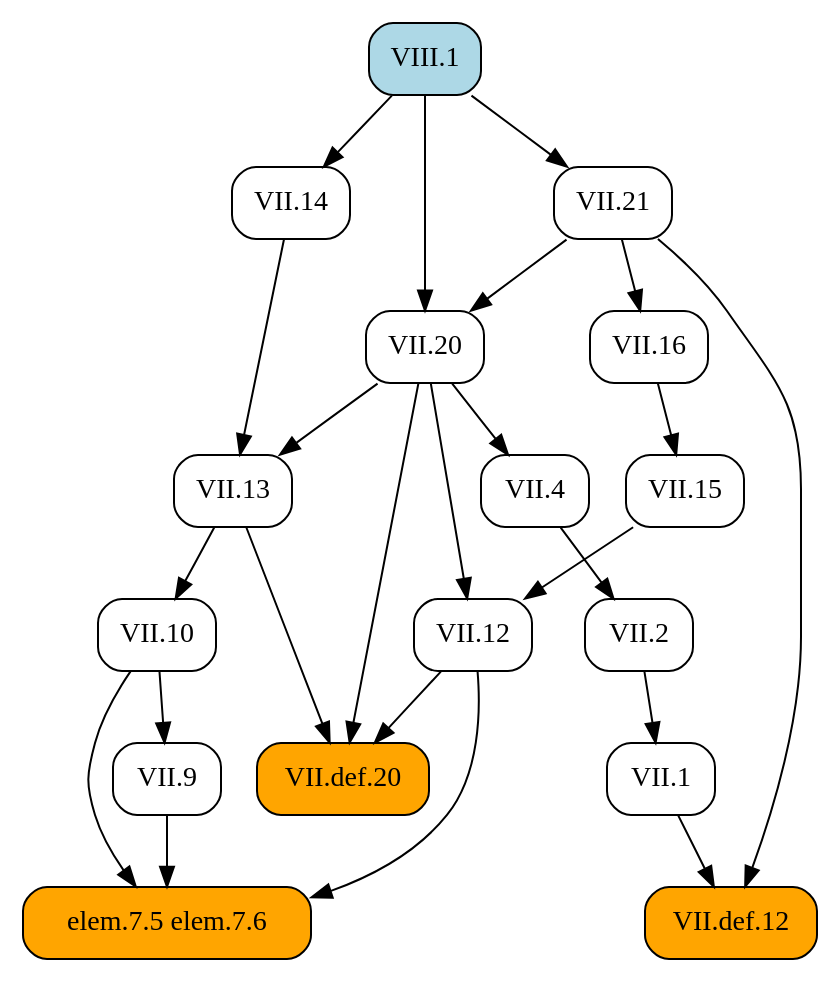
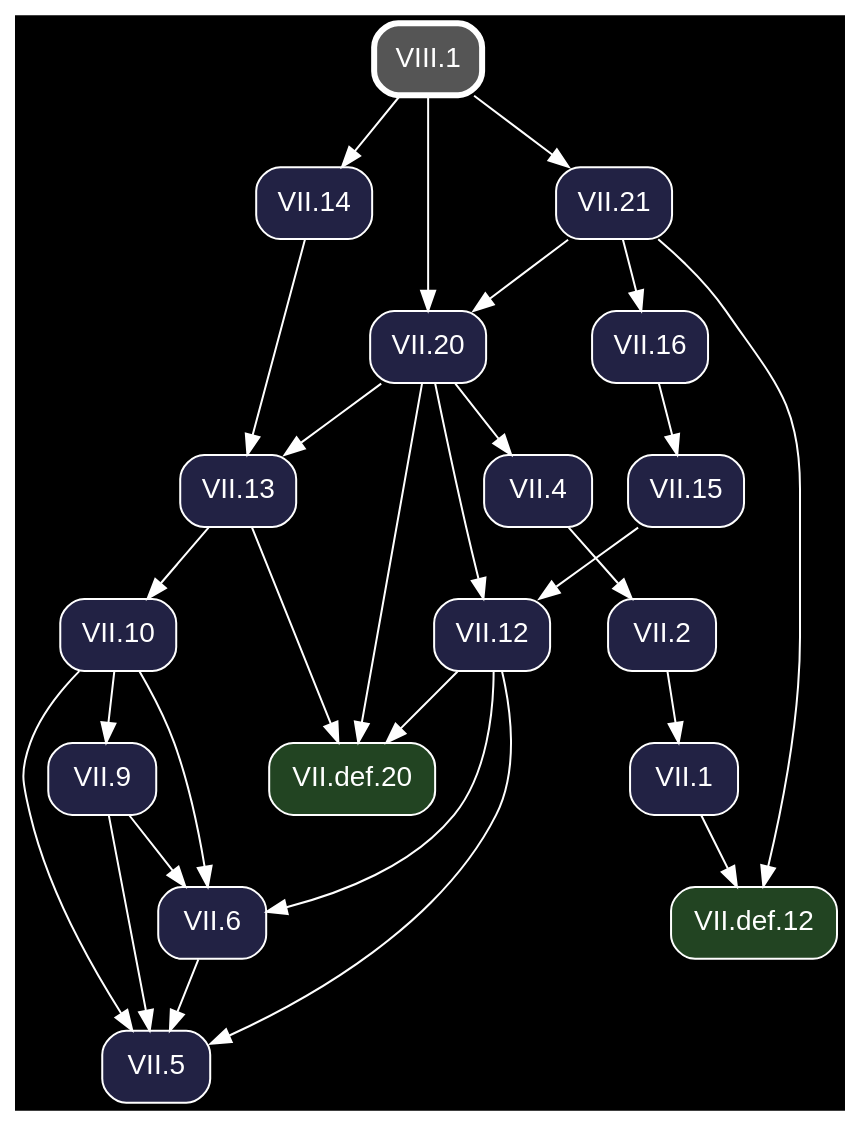
The diagram in docsrc/heath/VIII/1/index.rst (geometor/elements), drawn with Graphviz before and after one commit. The commit also changed other lines of this file and 1200 other files, not shown here.

Commit message:
update dependency graphs

```diff
--- a/docsrc/heath/VIII/1/index.rst
+++ b/docsrc/heath/VIII/1/index.rst
@@ -42,45 +42,52 @@
 .. graphviz::
 
    digraph {
+     bgcolor="black";
+     node [shape=box, style="rounded,filled", fontname="Helvetica", color="white", fontcolor="white"];
+     edge [color="white", fontcolor="white"];
      rankdir="TB";
-     node [shape=box, style=rounded];
-     "VII.13" [URL="/heath/VII/13/", target="_top"];
-     "VII.12" [URL="/heath/VII/12/", target="_top"];
-     "VII.4" [URL="/heath/VII/4/", target="_top"];
-     "VII.def.12" [style="rounded,filled", fillcolor=orange, URL="/heath/VII/def.12/", target="_top"];
-     "elem.7.5 elem.7.6" [style="rounded,filled", fillcolor=orange];
-     "VII.14" [URL="/heath/VII/14/", target="_top"];
-     "VII.9" [URL="/heath/VII/9/", target="_top"];
-     "VII.1" [URL="/heath/VII/1/", target="_top"];
-     "VIII.1" [style="rounded,filled", fillcolor=lightblue, URL="/heath/VIII/1/", target="_top"];
-     "VII.16" [URL="/heath/VII/16/", target="_top"];
-     "VII.21" [URL="/heath/VII/21/", target="_top"];
-     "VII.20" [URL="/heath/VII/20/", target="_top"];
-     "VII.2" [URL="/heath/VII/2/", target="_top"];
-     "VII.def.20" [style="rounded,filled", fillcolor=orange, URL="/heath/VII/def.20/", target="_top"];
-     "VII.15" [URL="/heath/VII/15/", target="_top"];
-     "VII.10" [URL="/heath/VII/10/", target="_top"];
+     "VII.20" [fillcolor="#222244", URL="/heath/VII/20/", target="_top"];
+     "VII.2" [fillcolor="#222244", URL="/heath/VII/2/", target="_top"];
+     "VII.5" [fillcolor="#222244", URL="/heath/VII/5/", target="_top"];
+     "VII.def.20" [fillcolor="#224422", URL="/heath/VII/def.20/", target="_top"];
+     "VII.1" [fillcolor="#222244", URL="/heath/VII/1/", target="_top"];
+     "VII.6" [fillcolor="#222244", URL="/heath/VII/6/", target="_top"];
+     "VII.16" [fillcolor="#222244", URL="/heath/VII/16/", target="_top"];
+     "VII.15" [fillcolor="#222244", URL="/heath/VII/15/", target="_top"];
+     "VII.13" [fillcolor="#222244", URL="/heath/VII/13/", target="_top"];
+     "VII.10" [fillcolor="#222244", URL="/heath/VII/10/", target="_top"];
+     "VII.4" [fillcolor="#222244", URL="/heath/VII/4/", target="_top"];
+     "VII.def.12" [fillcolor="#224422", URL="/heath/VII/def.12/", target="_top"];
+     "VIII.1" [penwidth=3, color="white", fillcolor="#555555", URL="/heath/VIII/1/", target="_top"];
+     "VII.21" [fillcolor="#222244", URL="/heath/VII/21/", target="_top"];
+     "VII.9" [fillcolor="#222244", URL="/heath/VII/9/", target="_top"];
+     "VII.12" [fillcolor="#222244", URL="/heath/VII/12/", target="_top"];
+     "VII.14" [fillcolor="#222244", URL="/heath/VII/14/", target="_top"];
+     "VII.21" -> "VII.20";
+     "VIII.1" -> "VII.20";
+     "VII.4" -> "VII.2";
+     "VII.6" -> "VII.5";
+     "VII.9" -> "VII.5";
+     "VII.10" -> "VII.5";
+     "VII.12" -> "VII.5";
+     "VII.12" -> "VII.def.20";
+     "VII.13" -> "VII.def.20";
+     "VII.20" -> "VII.def.20";
+     "VII.2" -> "VII.1";
+     "VII.9" -> "VII.6";
+     "VII.10" -> "VII.6";
+     "VII.12" -> "VII.6";
+     "VII.21" -> "VII.16";
+     "VII.16" -> "VII.15";
      "VII.14" -> "VII.13";
      "VII.20" -> "VII.13";
-     "VII.15" -> "VII.12";
-     "VII.20" -> "VII.12";
+     "VII.13" -> "VII.10";
      "VII.20" -> "VII.4";
      "VII.1" -> "VII.def.12";
      "VII.21" -> "VII.def.12";
-     "VII.9" -> "elem.7.5 elem.7.6";
-     "VII.10" -> "elem.7.5 elem.7.6";
-     "VII.12" -> "elem.7.5 elem.7.6";
+     "VIII.1" -> "VII.21";
+     "VII.10" -> "VII.9";
+     "VII.15" -> "VII.12";
+     "VII.20" -> "VII.12";
      "VIII.1" -> "VII.14";
-     "VII.10" -> "VII.9";
-     "VII.2" -> "VII.1";
-     "VII.21" -> "VII.16";
-     "VIII.1" -> "VII.21";
-     "VII.21" -> "VII.20";
-     "VIII.1" -> "VII.20";
-     "VII.4" -> "VII.2";
-     "VII.12" -> "VII.def.20";
-     "VII.13" -> "VII.def.20";
-     "VII.20" -> "VII.def.20";
-     "VII.16" -> "VII.15";
-     "VII.13" -> "VII.10";
    }
```
